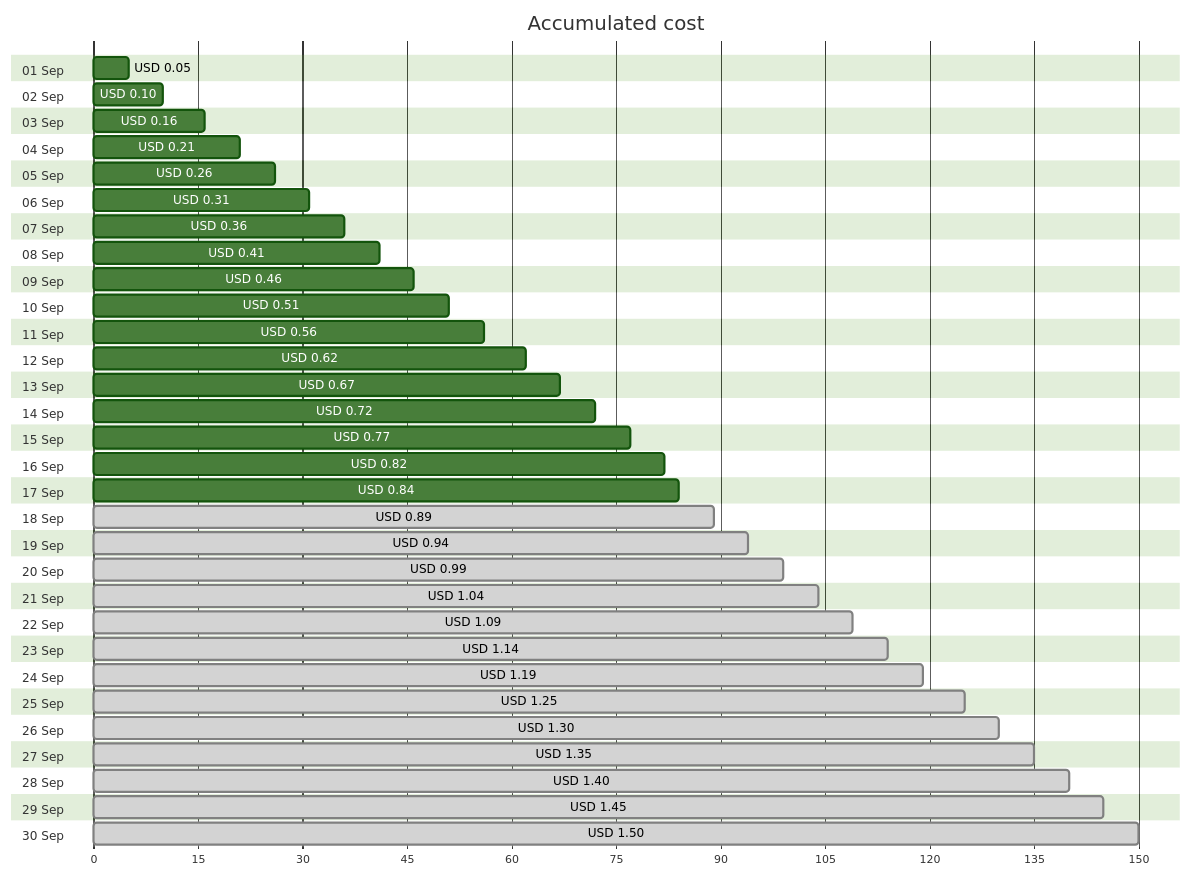
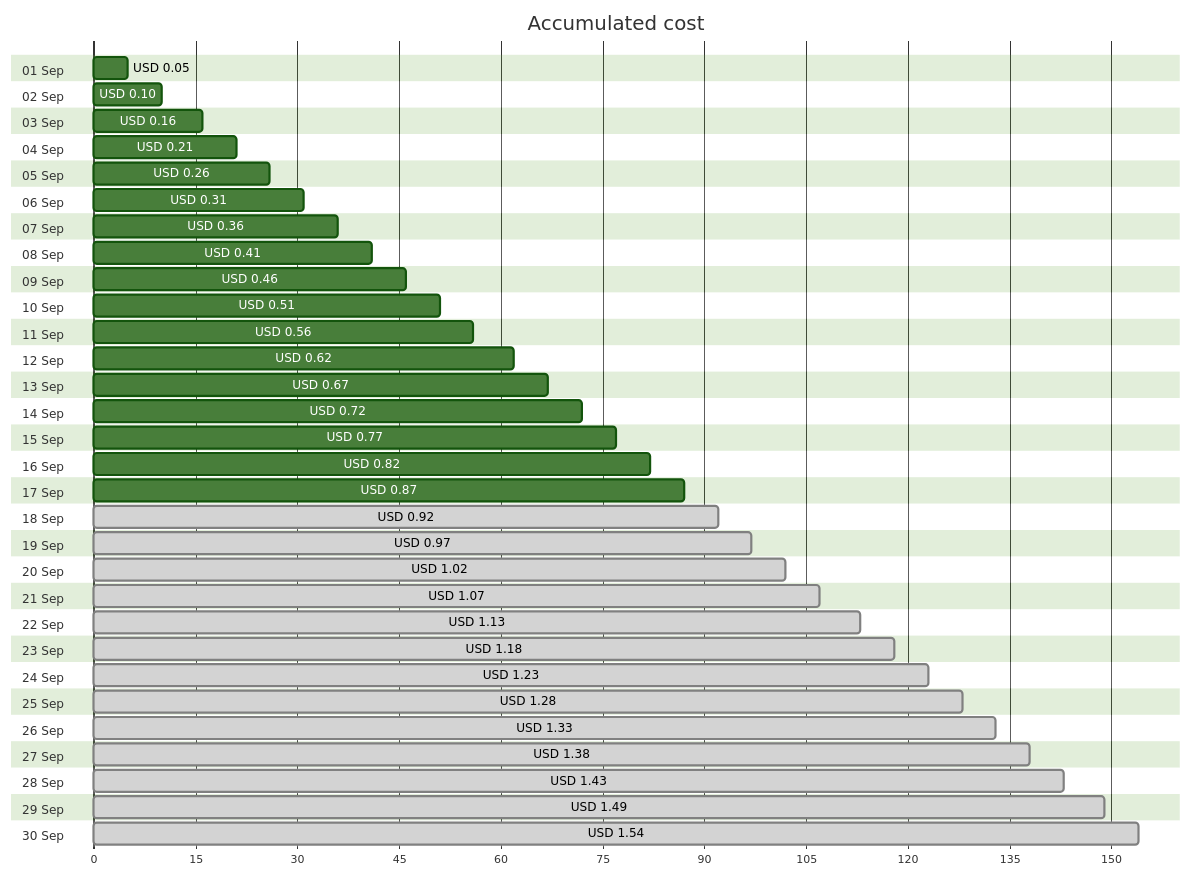
Before and after one commit to jpfulton/azure-personal-reports: the first of 4 diagrams in cost-reports/personal-network/linux-dev_OsDisk.md, drawn with Mermaid (forest theme). The commit also changed other lines of this file and 17 other files, not shown here.

````diff
--- a/cost-reports/personal-network/linux-dev_OsDisk.md
+++ b/cost-reports/personal-network/linux-dev_OsDisk.md
@@ -20,66 +20,66 @@
 ```mermaid
 gantt
    title Accumulated cost
    dateFormat  X
    axisFormat %s
    section 01 Sep
    USD 0.05 :0, 5
    section 02 Sep
    USD 0.10 :0, 10
    section 03 Sep
    USD 0.16 :0, 16
    section 04 Sep
    USD 0.21 :0, 21
    section 05 Sep
    USD 0.26 :0, 26
    section 06 Sep
    USD 0.31 :0, 31
    section 07 Sep
    USD 0.36 :0, 36
    section 08 Sep
    USD 0.41 :0, 41
    section 09 Sep
    USD 0.46 :0, 46
    section 10 Sep
    USD 0.51 :0, 51
    section 11 Sep
    USD 0.56 :0, 56
    section 12 Sep
    USD 0.62 :0, 62
    section 13 Sep
    USD 0.67 :0, 67
    section 14 Sep
    USD 0.72 :0, 72
    section 15 Sep
    USD 0.77 :0, 77
    section 16 Sep
    USD 0.82 :0, 82
    section 17 Sep
-   USD 0.84 :0, 84
+   USD 0.87 :0, 87
    section 18 Sep
-   USD 0.89 : done, 0, 89
+   USD 0.92 : done, 0, 92
    section 19 Sep
-   USD 0.94 : done, 0, 94
+   USD 0.97 : done, 0, 97
    section 20 Sep
-   USD 0.99 : done, 0, 99
+   USD 1.02 : done, 0, 102
    section 21 Sep
-   USD 1.04 : done, 0, 104
+   USD 1.07 : done, 0, 107
    section 22 Sep
-   USD 1.09 : done, 0, 109
+   USD 1.13 : done, 0, 113
    section 23 Sep
-   USD 1.14 : done, 0, 114
+   USD 1.18 : done, 0, 118
    section 24 Sep
-   USD 1.19 : done, 0, 119
+   USD 1.23 : done, 0, 123
    section 25 Sep
-   USD 1.25 : done, 0, 125
+   USD 1.28 : done, 0, 128
    section 26 Sep
-   USD 1.30 : done, 0, 130
+   USD 1.33 : done, 0, 133
    section 27 Sep
-   USD 1.35 : done, 0, 135
+   USD 1.38 : done, 0, 138
    section 28 Sep
-   USD 1.40 : done, 0, 140
+   USD 1.43 : done, 0, 143
    section 29 Sep
-   USD 1.45 : done, 0, 145
+   USD 1.49 : done, 0, 149
    section 30 Sep
-   USD 1.50 : done, 0, 150
+   USD 1.54 : done, 0, 154
 ```
````
